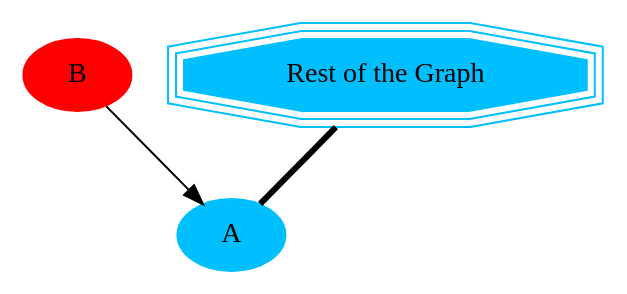
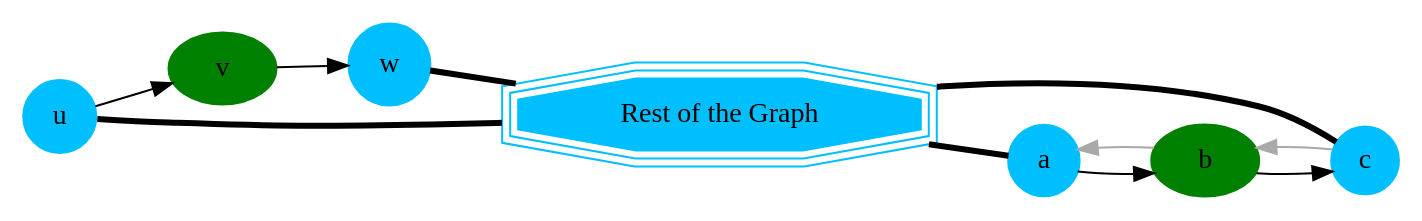
One commit to pgRouting/pgrouting changed the eighth of 13 diagrams in doc/contraction/contraction-family.rst. Above: the diagram before and after it, drawn with Graphviz. The commit also changed other lines of this file and 5 other files, not shown here.

```diff
--- a/doc/contraction/contraction-family.rst
+++ b/doc/contraction/contraction-family.rst
@@ -153,12 +230,13 @@
 .. graphviz::
 
     digraph G {
-        A [style=filled;color=deepskyblue];
-        B [style=filled; color=red];
-        "G" [shape=tripleoctagon;
-        style=filled;color=deepskyblue;
-        label = "Rest of the Graph"];
+        u, c, a, w [shape=circle;style=filled;width=.4;color=deepskyblue];
+        v, b [style=filled; color=green];
+        G [shape=tripleoctagon;width=1.5;style=filled;color=deepskyblue;label = "Rest of the Graph"];
 
-        G -> A [dir=none, weight=1, penwidth=3];
-        B -> A;
+        rankdir=LR;
+        {w, c} -> G -> {u, a} [dir=none, weight=1, penwidth=3];
+        u -> v -> w;
+        a -> b -> c;
+        c -> b -> a[color=darkgray];
     }
```
